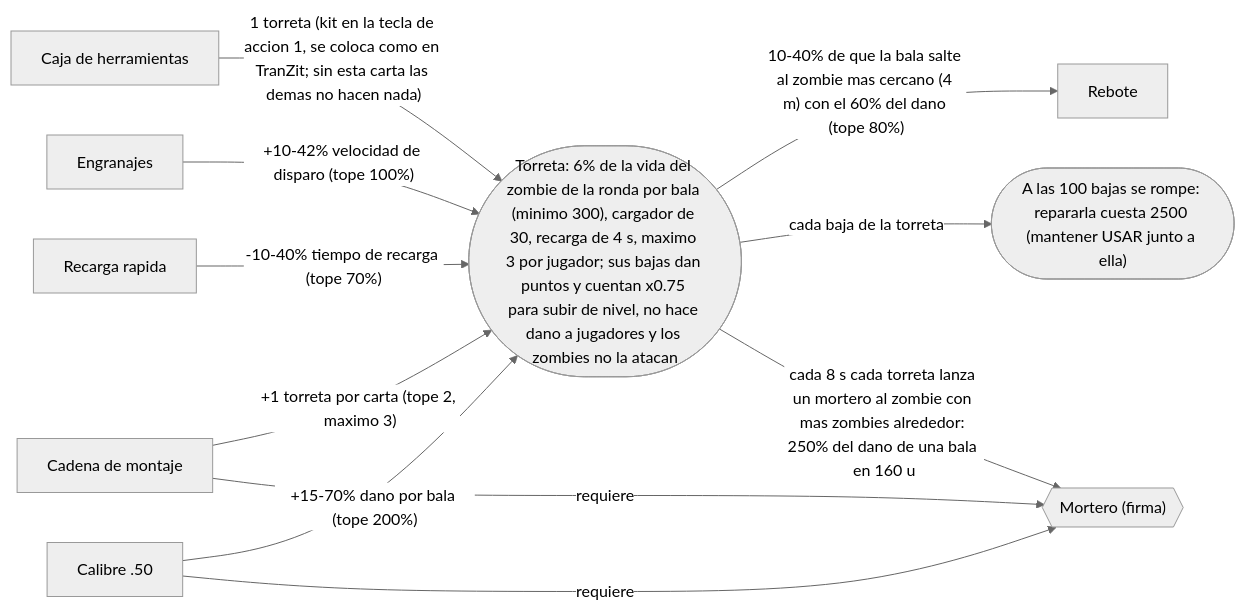
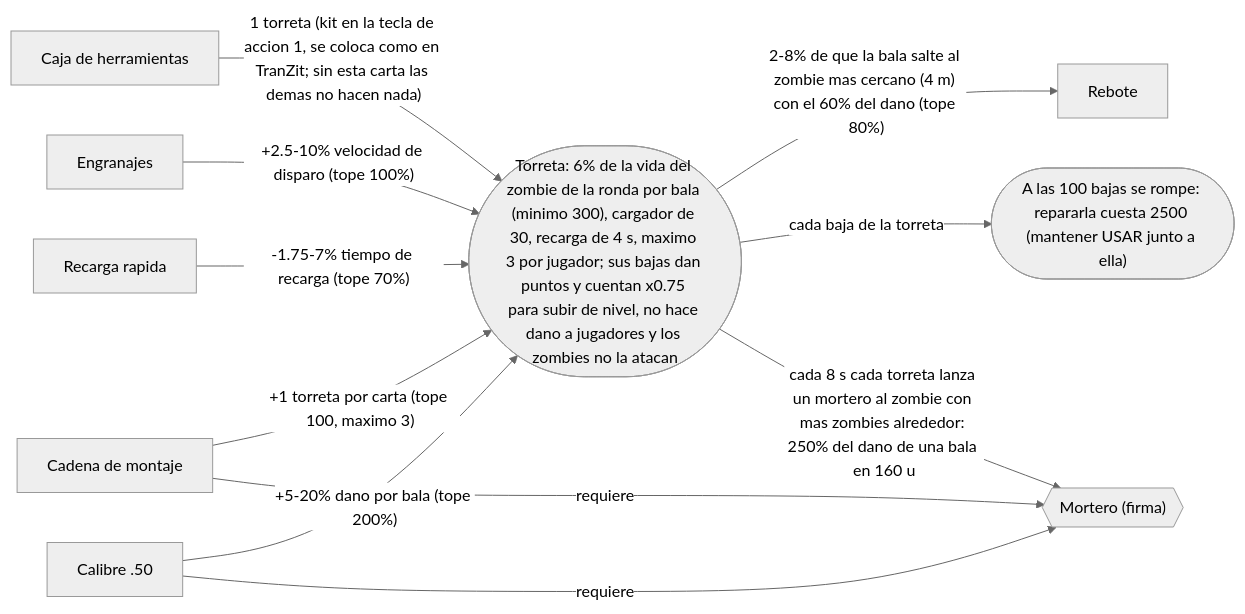
Diagram 14 of 15 in ARQUETIPOS.md (emailyasi1/bo2jodas), drawn with Mermaid (neutral theme) before and after one commit. The commit also changed other lines of this file and 12 other files, not shown here.

First line of the commit message:
1.10.10: 10 copias por carta, aguante de los zombies, dificultad (Maldicion), barra de vida

````diff
--- a/ARQUETIPOS.md
+++ b/ARQUETIPOS.md
@@ -515,22 +515,22 @@
 ```mermaid
 flowchart LR
     herramientas["Caja de herramientas"]
     engranajes["Engranajes"]
     recargatorreta["Recarga rapida"]
     calibre50["Calibre .50"]
     rebote["Rebote"]
     montaje["Cadena de montaje"]
     mortero{{"Mortero (firma)"}}
     TORRETA(["Torreta: 6% de la vida del zombie de la ronda por bala (minimo 300), cargador de 30, recarga de 4 s, maximo 3 por jugador; sus bajas dan puntos y cuentan x0.75 para subir de nivel, no hace dano a jugadores y los zombies no la atacan"])
     DESGASTE(["A las 100 bajas se rompe: repararla cuesta 2500 (mantener USAR junto a ella)"])
     herramientas -->|"1 torreta (kit en la tecla de accion 1, se coloca como en TranZit; sin esta carta las demas no hacen nada)"| TORRETA
-    montaje -->|"+1 torreta por carta (tope 2, maximo 3)"| TORRETA
-    engranajes -->|"+10-42% velocidad de disparo (tope 100%)"| TORRETA
-    recargatorreta -->|"-10-40% tiempo de recarga (tope 70%)"| TORRETA
-    calibre50 -->|"+15-70% dano por bala (tope 200%)"| TORRETA
-    TORRETA -->|"10-40% de que la bala salte al zombie mas cercano (4 m) con el 60% del dano (tope 80%)"| rebote
+    montaje -->|"+1 torreta por carta (tope 100, maximo 3)"| TORRETA
+    engranajes -->|"+2.5-10% velocidad de disparo (tope 100%)"| TORRETA
+    recargatorreta -->|"-1.75-7% tiempo de recarga (tope 70%)"| TORRETA
+    calibre50 -->|"+5-20% dano por bala (tope 200%)"| TORRETA
+    TORRETA -->|"2-8% de que la bala salte al zombie mas cercano (4 m) con el 60% del dano (tope 80%)"| rebote
     TORRETA -->|"cada baja de la torreta"| DESGASTE
     calibre50 -->|"requiere"| mortero
     montaje -->|"requiere"| mortero
     TORRETA -->|"cada 8 s cada torreta lanza un mortero al zombie con mas zombies alrededor: 250% del dano de una bala en 160 u"| mortero
 ```
````
